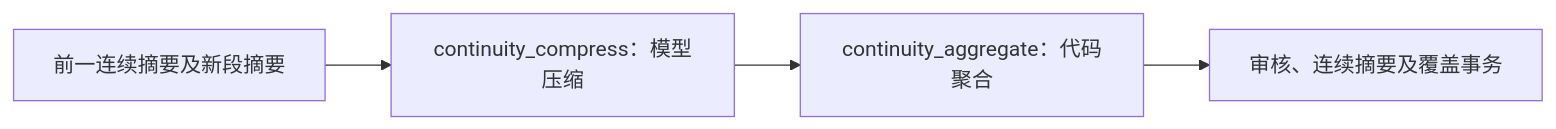
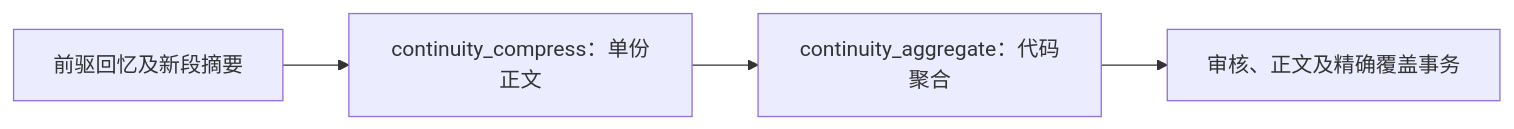
The diagram in server/docs/design/reflection/continuity-compress.md (Weilan0811/echo-commons), drawn with Mermaid before and after one commit. The commit also changed other lines of this file and 121 other files, not shown here.

````diff
--- a/server/docs/design/reflection/continuity-compress.md
+++ b/server/docs/design/reflection/continuity-compress.md
@@ -13,6 +13,6 @@
 ```mermaid
 flowchart LR
-    B[前一连续摘要及新段摘要] --> C[continuity_compress：模型压缩]
+    B[前驱回忆及新段摘要] --> C[continuity_compress：单份正文]
     C --> A[continuity_aggregate：代码聚合]
-    A --> W[审核、连续摘要及覆盖事务]
+    A --> W[审核、正文及精确覆盖事务]
 ```
````
